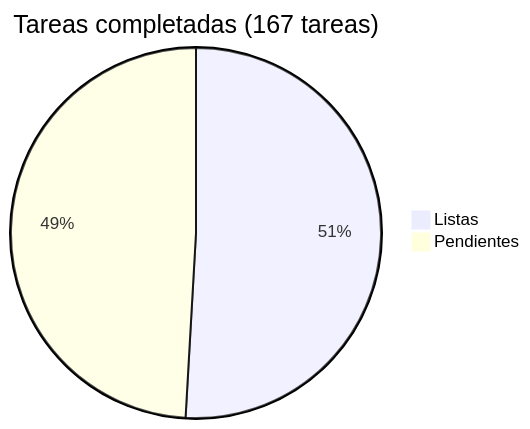
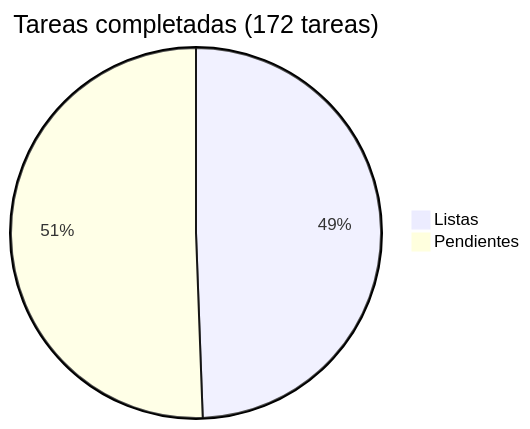
One commit to araguaney-lat/araguaney changed the diagram in docs/roadmap/README.md. Above: the diagram before and after it, drawn with Mermaid. The commit also changed other lines of this file and 1 other file, not shown here.

Commit message:
docs: add weight model, campaign progress bar, and enriched mobile-first QR screen to Phase 6

````diff
--- a/docs/roadmap/README.md
+++ b/docs/roadmap/README.md
@@ -5,5 +5,5 @@
 ```mermaid
-pie title Tareas completadas (167 tareas)
+pie title Tareas completadas (172 tareas)
     "Listas" : 85
-    "Pendientes" : 82
+    "Pendientes" : 87
 ```
````
